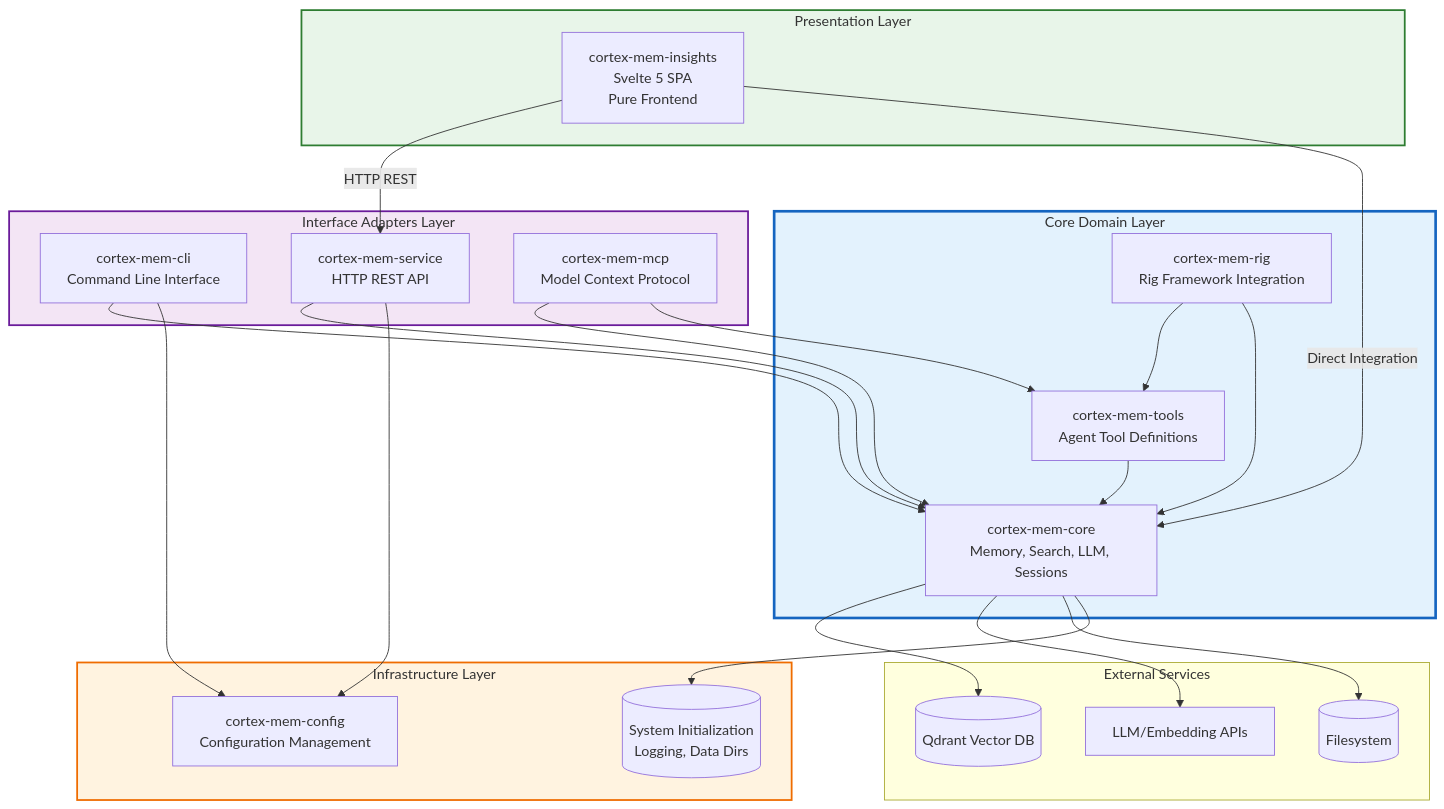
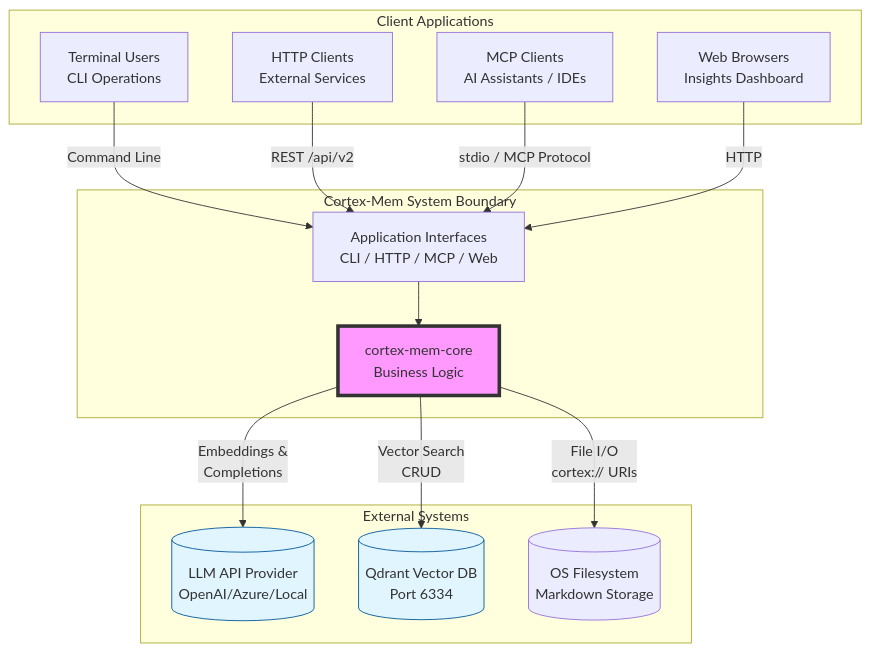
One commit to sopaco/cortex-mem changed the third of 14 diagrams in litho.docs/en/2.Architecture.md. Above: the diagram before and after it, drawn with Mermaid. The commit also changed other lines of this file and 45 other files, not shown here.

````diff
--- a/litho.docs/en/2.Architecture.md
+++ b/litho.docs/en/2.Architecture.md
@@ -176,54 +129,38 @@
 ```mermaid
-flowchart TB
-    subgraph Infrastructure["Infrastructure Layer"]
-        Config[cortex-mem-config<br/>Configuration Management]
-        Init[(System Initialization<br/>Logging, Data Dirs)]
+graph TB
+    subgraph CortexMem["Cortex-Mem System Boundary"]
+        CORE[cortex-mem-core<br/>Business Logic]
+        INTERFACES[Application Interfaces<br/>CLI / HTTP / MCP / Web]
     end
     
-    subgraph CoreDomain["Core Domain Layer"]
-        CoreLib[cortex-mem-core<br/>Memory, Search, LLM, Sessions]
-        ToolsLib[cortex-mem-tools<br/>Agent Tool Definitions]
-        RigInt[cortex-mem-rig<br/>Rig Framework Integration]
+    subgraph External["External Systems"]
+        LLM[(LLM API Provider<br/>OpenAI/Azure/Local)]
+        QDRANT[(Qdrant Vector DB<br/>Port 6334)]
+        OS_FS[(OS Filesystem<br/>Markdown Storage)]
     end
     
-    subgraph InterfaceAdapters["Interface Adapters Layer"]
-        CLI[cortex-mem-cli<br/>Command Line Interface]
-        Service[cortex-mem-service<br/>HTTP REST API]
-        MCP[cortex-mem-mcp<br/>Model Context Protocol]
+    subgraph Clients["Client Applications"]
+        MCP_CLIENTS[MCP Clients<br/>AI Assistants / IDEs]
+        BROWSERS[Web Browsers<br/>Insights Dashboard]
+        API_CLIENTS[HTTP Clients<br/>External Services]
+        TERMINAL[Terminal Users<br/>CLI Operations]
     end
     
-    subgraph Presentation["Presentation Layer"]
-        Insights[cortex-mem-insights<br/>Svelte 5 SPA<br/>Pure Frontend]
-    end
+    %% Client interactions
+    TERMINAL -->|Command Line| INTERFACES
+    API_CLIENTS -->|REST /api/v2| INTERFACES
+    MCP_CLIENTS -->|stdio / MCP Protocol| INTERFACES
+    BROWSERS -->|HTTP| INTERFACES
     
-    subgraph External["External Services"]
-        Qdrant[(Qdrant Vector DB)]
-        LLM[LLM/Embedding APIs]
-        FS[(Filesystem)]
-    end
+    %% Internal flow
+    INTERFACES --> CORE
     
-    %% Dependencies - Flow Inward
-    CLI --> CoreLib
-    CLI --> Config
-    Service --> CoreLib
-    Service --> Config
-    MCP --> CoreLib
-    MCP --> ToolsLib
+    %% External deps
+    CORE -->|Embeddings &<br/>Completions| LLM
+    CORE -->|Vector Search<br/>CRUD| QDRANT
+    CORE -->|File I/O<br/>cortex:// URIs| OS_FS
     
-    ToolsLib --> CoreLib
-    RigInt --> ToolsLib
-    RigInt --> CoreLib
-    
-    Insights -->|HTTP REST| Service
-    Insights -->|Direct Integration| CoreLib
-    
-    CoreLib --> Qdrant
-    CoreLib --> LLM
-    CoreLib --> FS
-    CoreLib --> Init
-    
-    style CoreDomain fill:#e3f2fd,stroke:#1565c0,stroke-width:3px
-    style InterfaceAdapters fill:#f3e5f5,stroke:#6a1b9a,stroke-width:2px
-    style Presentation fill:#e8f5e9,stroke:#2e7d32,stroke-width:2px
-    style Infrastructure fill:#fff3e0,stroke:#ef6c00,stroke-width:2px
+    style CORE fill:#f9f,stroke:#333,stroke-width:4px
+    style QDRANT fill:#e1f5ff,stroke:#01579b
+    style LLM fill:#e1f5ff,stroke:#01579b
 ```
````
